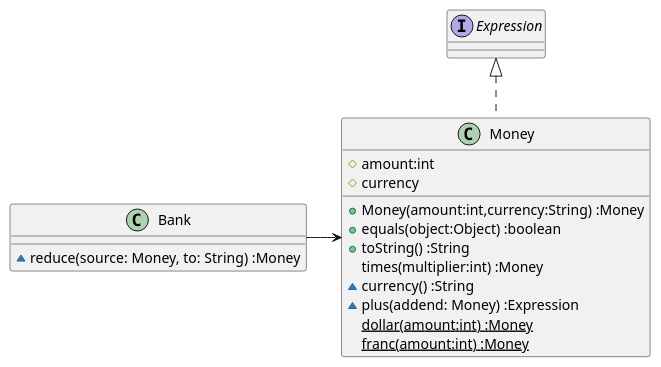
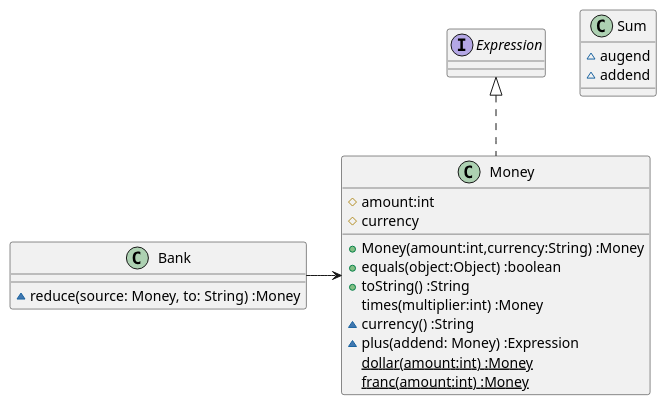
One commit to k2works/etude_for_java changed the first of 2 diagrams in docs/src/TDD.md. Above: the diagram before and after it, drawn with PlantUML. The commit also changed other lines of this file and 7 other files, not shown here.

````diff
--- a/docs/src/TDD.md
+++ b/docs/src/TDD.md
@@ -48,20 +48,24 @@
 ```puml
 class Money {
   #amount:int
   #currency  
   +Money(amount:int,currency:String) :Money
   +equals(object:Object) :boolean  
   +toString() :String
   times(multiplier:int) :Money
   ~currency() :String
   ~plus(addend: Money) :Expression
   {static} dollar(amount:int) :Money
   {static} franc(amount:int) :Money  
 }
 interface Expression
 class Bank {
   ~reduce(source: Money, to: String) :Money
 }
+class Sum {
+  ~augend
+  ~addend
+}
 Expression <|.. Money
 Bank -> Money
 ```
````
